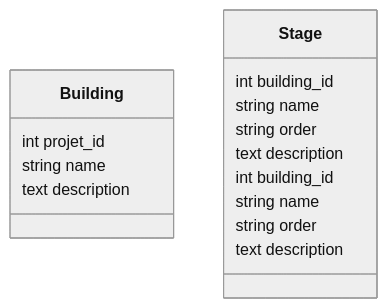
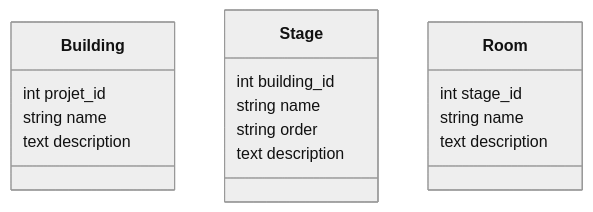
One commit to desmond8500/Dash-API-Model changed the diagram in public/documents/05_Building.md. Above: the diagram before and after it, drawn with Mermaid (neutral theme). The commit also changed 13 other files, not shown here.

````diff
--- a/public/documents/05_Building.md
+++ b/public/documents/05_Building.md
@@ -25,27 +25,26 @@
 ```mermaid
 classDiagram
 
 class Building {
     int projet_id
     string name
     text description
 }
 
 class Stage {
     int building_id
     string name
     string order
     text description
 }
 
-class Stage {
-    int building_id
+class Room {
+    int stage_id
     string name
-    string order
     text description
 }
 
 
 
 
 ```
````
